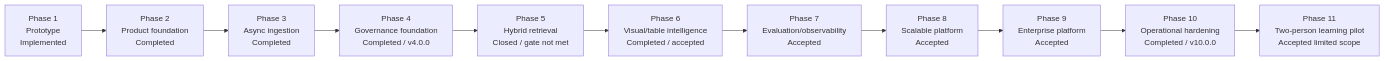
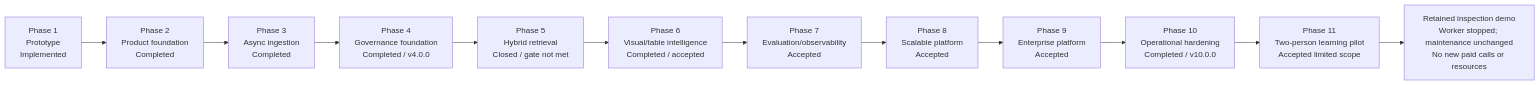
Before and after one commit to mvyas412/ai-projects: the third of 14 diagrams in mm-rag-full-stack-genai-bootcamp-3.0/docs/architecture/ARCHITECTURE.md, drawn with Mermaid. The commit also changed other lines of this file and 34 other files, not shown here.

First line of the commit message:
docs(phase11): retain inspection demo and patch dependency security (#32)

````diff
--- a/mm-rag-full-stack-genai-bootcamp-3.0/docs/architecture/ARCHITECTURE.md
+++ b/mm-rag-full-stack-genai-bootcamp-3.0/docs/architecture/ARCHITECTURE.md
@@ -186,14 +225,15 @@
 ```mermaid
 flowchart LR
     p1["Phase 1<br/>Prototype<br/>Implemented"] -->
     p2["Phase 2<br/>Product foundation<br/>Completed"] -->
     p3["Phase 3<br/>Async ingestion<br/>Completed"] -->
     p4["Phase 4<br/>Governance foundation<br/>Completed / v4.0.0"] -->
     p5["Phase 5<br/>Hybrid retrieval<br/>Closed / gate not met"] -->
     p6["Phase 6<br/>Visual/table intelligence<br/>Completed / accepted"] -->
     p7["Phase 7<br/>Evaluation/observability<br/>Accepted"] -->
     p8["Phase 8<br/>Scalable platform<br/>Accepted"] -->
     p9["Phase 9<br/>Enterprise platform<br/>Accepted"] -->
     p10["Phase 10<br/>Operational hardening<br/>Completed / v10.0.0"] -->
-    p11["Phase 11<br/>Two-person learning pilot<br/>Accepted limited scope"]
+    p11["Phase 11<br/>Two-person learning pilot<br/>Accepted limited scope"] -->
+    demo["Retained inspection demo<br/>Worker stopped; maintenance unchanged<br/>No new paid calls or resources"]
 ```
````
